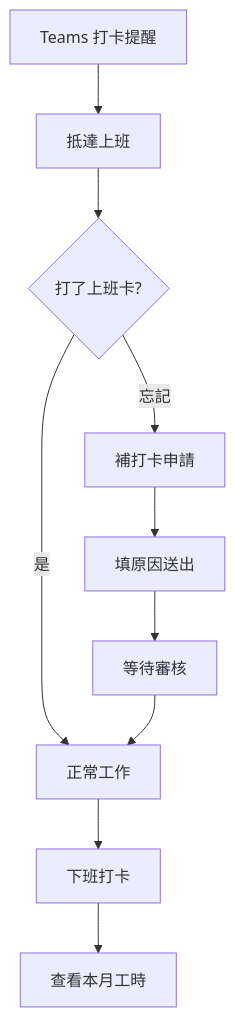
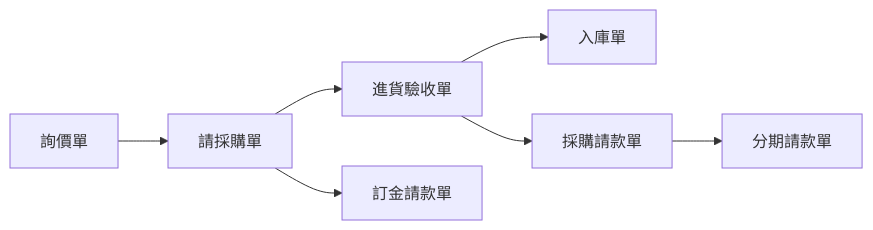
The third of 3 diagrams in docs/generated/zh-TW-user.md (cancerfreebiotech/myops), drawn with Mermaid before and after one commit. The commit also changed other lines of this file and 6 other files, not shown here.

````diff
--- a/docs/generated/zh-TW-user.md
+++ b/docs/generated/zh-TW-user.md
@@ -152,12 +473,9 @@
 ```mermaid
-flowchart TD
-    R[Teams 打卡提醒] --> S[抵達上班]
-    S --> CI{打了上班卡?}
-    CI -->|是| W[正常工作]
-    CI -->|忘記| M[補打卡申請]
-    M --> F[填原因送出]
-    F --> AP[等待審核]
-    AP --> W
-    W --> CO[下班打卡]
-    CO --> E[查看本月工時]
+flowchart LR
+    A[詢價單] --> B[請採購單]
+    B --> C[進貨驗收單]
+    B --> D[訂金請款單]
+    C --> E[入庫單]
+    C --> F[採購請款單]
+    F --> G[分期請款單]
 ```
````
